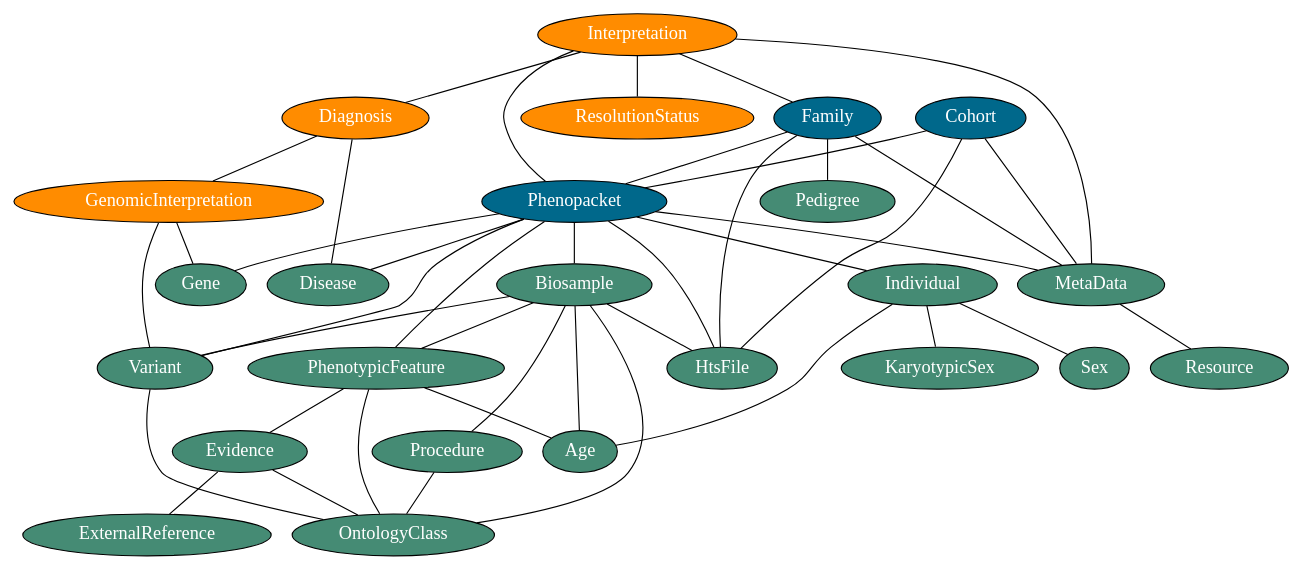
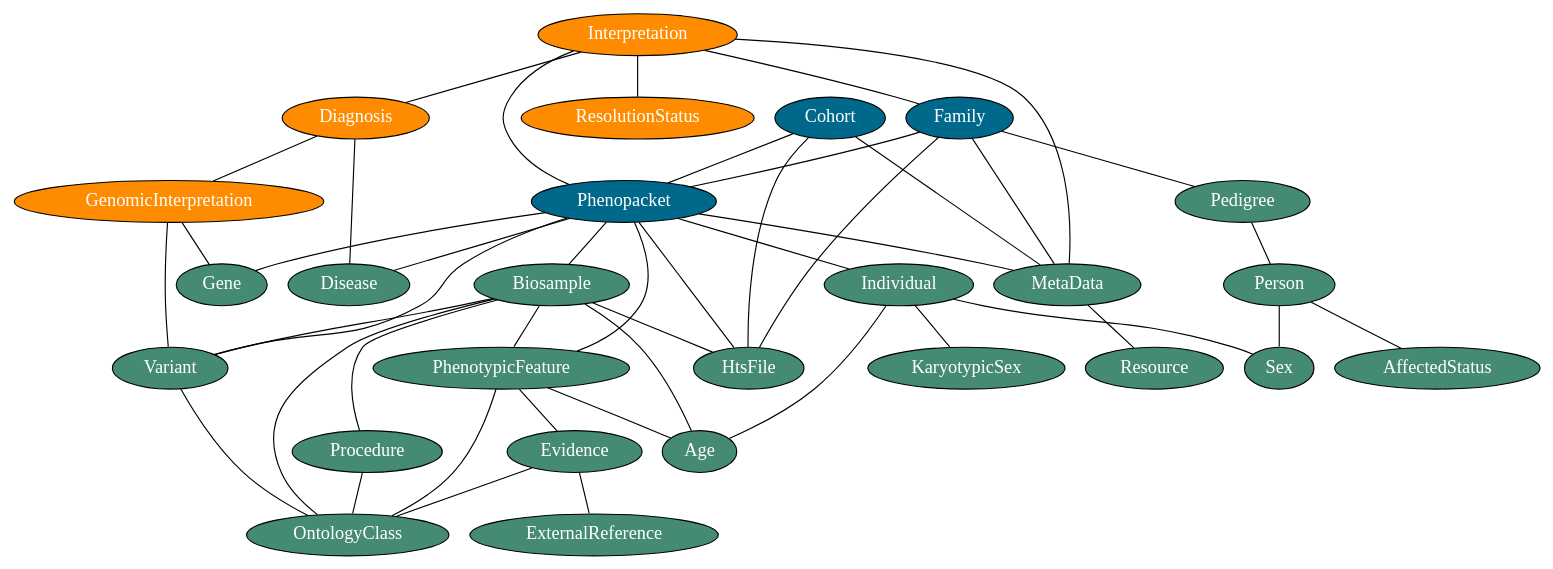
Before and after one commit to phenopackets/phenopacket-schema: the diagram in docs/graph/phenopacket-schema-v1.gv, drawn with Graphviz. The commit also changed 4 other files, not shown here.

Commit message:
Update schema diagram and src. Add new schema.rst

```diff
--- a/docs/graph/phenopacket-schema-v1.gv
+++ b/docs/graph/phenopacket-schema-v1.gv
@@ -1,123 +1,133 @@
+// Generated using https://edotor.net/
 graph phenopacket_schema_v1 {
     splines=true # use splines for edges, if needed to avoid overlap
     engine=dot
     bgcolor="#ffffff00"
 
 #edge [penwidth=0.75,arrowsize=0.6]
 #edge [color=black, fontsize=8, forcelabels=true]
 
     node [
         color="black",
         style="filled,solid",
         fontname="Calibri"
         fontsize=16,
         fontcolor="white"
     ];
 
     subgraph base {
         label = "Base types";
         node[fillcolor=aquamarine4]
 
         # nodes
         Age;
         Biosample;
         Disease;
         Evidence;
         ExternalReference;
         Gene;
         HtsFile;
         Individual;
         KaryotypicSex;
         MetaData;
         OntologyClass;
         Pedigree;
         PhenotypicFeature;
         Procedure;
         Resource;
         Sex;
         Variant;
 
         # edges
         subgraph metadata {
             MetaData -- Resource;
+        }
+
+        subgraph pedigree {
+            Person;
+            AffectedStatus;
+
+            Pedigree -- Person;
+            Person -- Sex
+            Person -- AffectedStatus
         }
 
         Evidence -- ExternalReference;
         Evidence -- OntologyClass;
 
         Individual -- Sex;
         Individual -- KaryotypicSex;
         Individual -- Age;
 
         PhenotypicFeature -- OntologyClass;
         PhenotypicFeature -- Age;
         PhenotypicFeature -- Evidence;
 
         Biosample -- OntologyClass;
         Biosample -- PhenotypicFeature;
         Biosample -- Age;
         Biosample -- Procedure;
         Biosample -- HtsFile;
         Biosample -- Variant
 
         Procedure -- OntologyClass;
         Variant -- OntologyClass
 
     }
 
 # Top-level types
     subgraph topleveltypes {
         label = "Top-level types";
         node [fillcolor="deepskyblue4"];
 
         # nodes
         Phenopacket # [fillcolor="goldenrod1"];
         Cohort;
         Family;
 
         # edges
         Phenopacket -- Individual;
         Phenopacket -- PhenotypicFeature;
         Phenopacket -- Biosample;
         Phenopacket -- Gene;
         Phenopacket -- Disease;
         Phenopacket -- Variant;
         Phenopacket -- HtsFile;
         Phenopacket -- MetaData;
 
         Cohort -- Phenopacket;
         Cohort -- HtsFile;
         Cohort -- MetaData;
 
         Family -- Phenopacket;
         Family -- Pedigree;
         Family -- HtsFile;
         Family -- MetaData;
 
     }
 
     subgraph interpret {
             label = "Interpretation types";
             node [fillcolor="darkorange"];
 
             # nodes
             Interpretation;
             ResolutionStatus;
             GenomicInterpretation;
             Diagnosis;
 
             # edges
             Interpretation -- Phenopacket;
             Interpretation -- Family;
             Interpretation -- MetaData;
 
             Interpretation -- Diagnosis;
             Interpretation -- ResolutionStatus;
 
             Diagnosis -- Disease;
             Diagnosis -- GenomicInterpretation;
 
             GenomicInterpretation -- Variant;
             GenomicInterpretation -- Gene;
     }
 }
```
